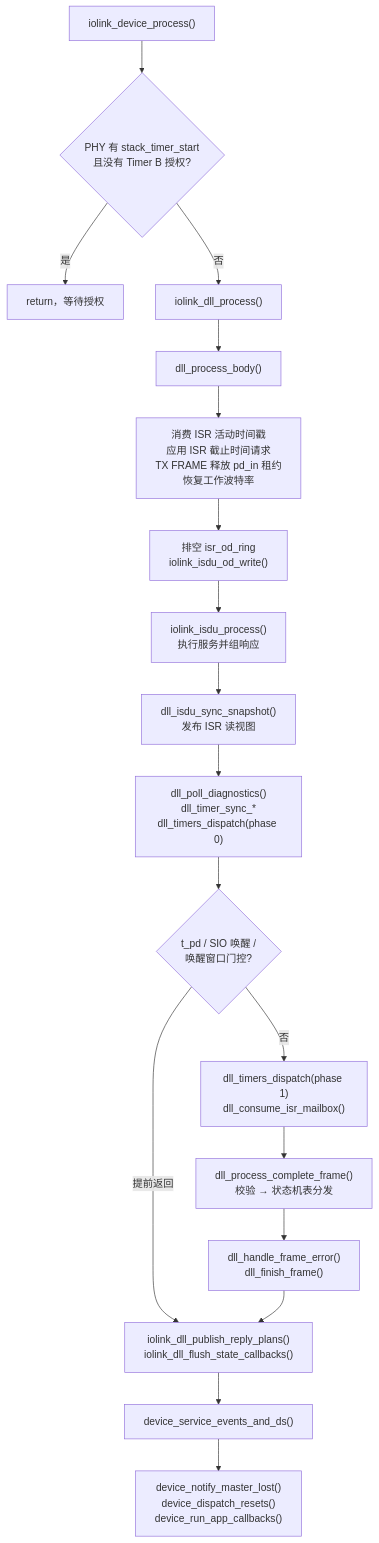
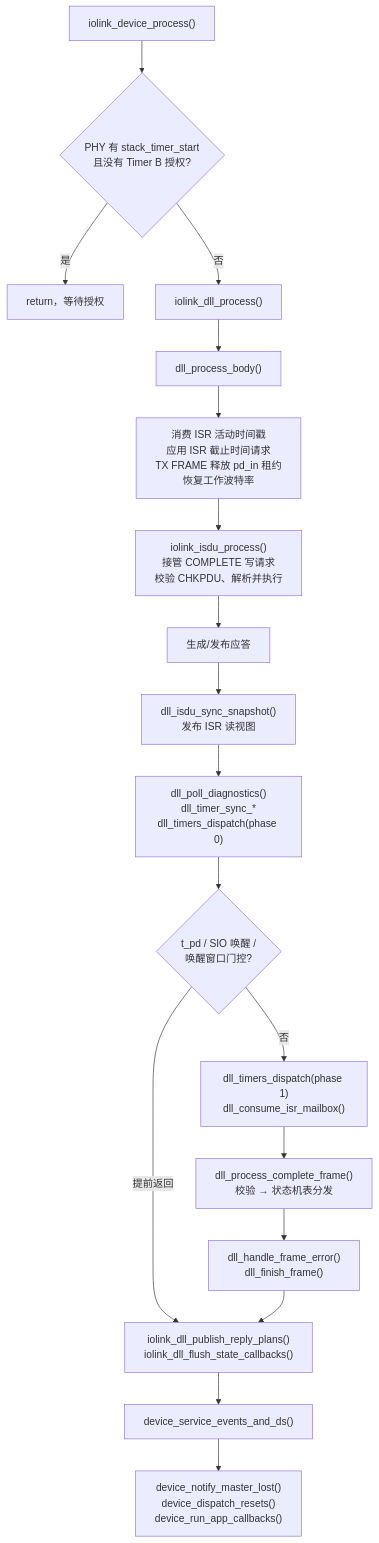
One commit to Adlyq/iolinki changed the fifth of 16 diagrams in docs/CODE_FLOW.md. Above: the diagram before and after it, drawn with Mermaid. The commit also changed other lines of this file and 25 other files, not shown here.

First line of the commit message:
refactor(isdu)!: ingest ISDU writes in the ISR with positional de-dup

````diff
--- a/docs/CODE_FLOW.md
+++ b/docs/CODE_FLOW.md
@@ -318,20 +318,20 @@
 ```mermaid
 flowchart TD
     A["iolink_device_process()"] --> B{"PHY 有 stack_timer_start<br/>且没有 Timer B 授权?"}
     B -- 是 --> Z["return，等待授权"]
     B -- 否 --> C["iolink_dll_process()"]
     C --> C1["dll_process_body()"]
     C1 --> C2["消费 ISR 活动时间戳<br/>应用 ISR 截止时间请求<br/>TX FRAME 释放 pd_in 租约<br/>恢复工作波特率"]
-    C2 --> D["排空 isr_od_ring<br/>iolink_isdu_od_write()"]
-    D --> E["iolink_isdu_process()<br/>执行服务并组响应"]
+    C2 --> D["iolink_isdu_process()<br/>接管 COMPLETE 写请求<br/>校验 CHKPDU、解析并执行"]
+    D --> E["生成/发布应答"]
     E --> F["dll_isdu_sync_snapshot()<br/>发布 ISR 读视图"]
     F --> G["dll_poll_diagnostics()<br/>dll_timer_sync_*<br/>dll_timers_dispatch(phase 0)"]
     G --> G1{"t_pd / SIO 唤醒 /<br/>唤醒窗口门控?"}
     G1 -- 提前返回 --> H
     G1 -- 否 --> G2["dll_timers_dispatch(phase 1)<br/>dll_consume_isr_mailbox()"]
     G2 --> K["dll_process_complete_frame()<br/>校验 → 状态机表分发"]
     K --> K1["dll_handle_frame_error()<br/>dll_finish_frame()"]
     K1 --> H["iolink_dll_publish_reply_plans()<br/>iolink_dll_flush_state_callbacks()"]
     H --> L["device_service_events_and_ds()"]
     L --> M["device_notify_master_lost()<br/>device_dispatch_resets()<br/>device_run_app_callbacks()"]
 ```
````
